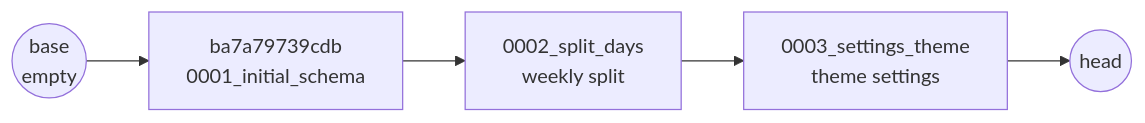
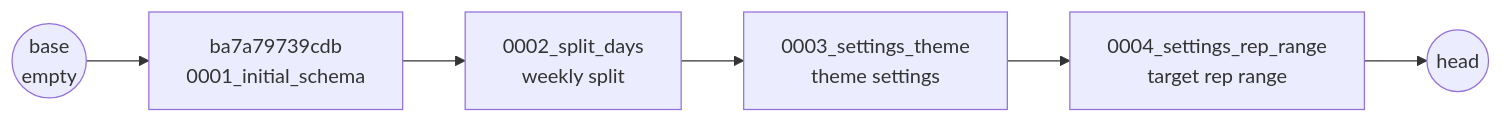
The second of 2 diagrams in docs/03-database/migrations.md (coopermay/fitness-tracker), drawn with Mermaid before and after one commit. The commit also changed other lines of this file and 47 other files, not shown here.

First line of the commit message:
Today tab: usual lifts, last session and targets; target rep range setting

````diff
--- a/docs/03-database/migrations.md
+++ b/docs/03-database/migrations.md
@@ -35,4 +35,4 @@
 ```mermaid
 flowchart LR
-    base(("base<br/>empty")) --> m1["ba7a79739cdb<br/>0001_initial_schema"] --> m2["0002_split_days<br/>weekly split"] --> m3["0003_settings_theme<br/>theme settings"] --> head(("head"))
+    base(("base<br/>empty")) --> m1["ba7a79739cdb<br/>0001_initial_schema"] --> m2["0002_split_days<br/>weekly split"] --> m3["0003_settings_theme<br/>theme settings"] --> m4["0004_settings_rep_range<br/>target rep range"] --> head(("head"))
 ```
````
